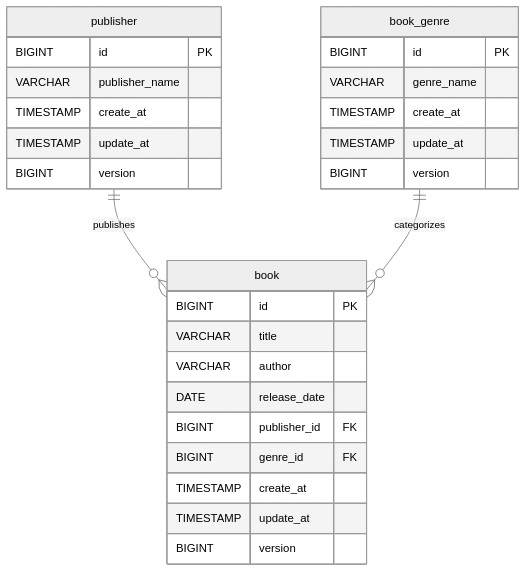
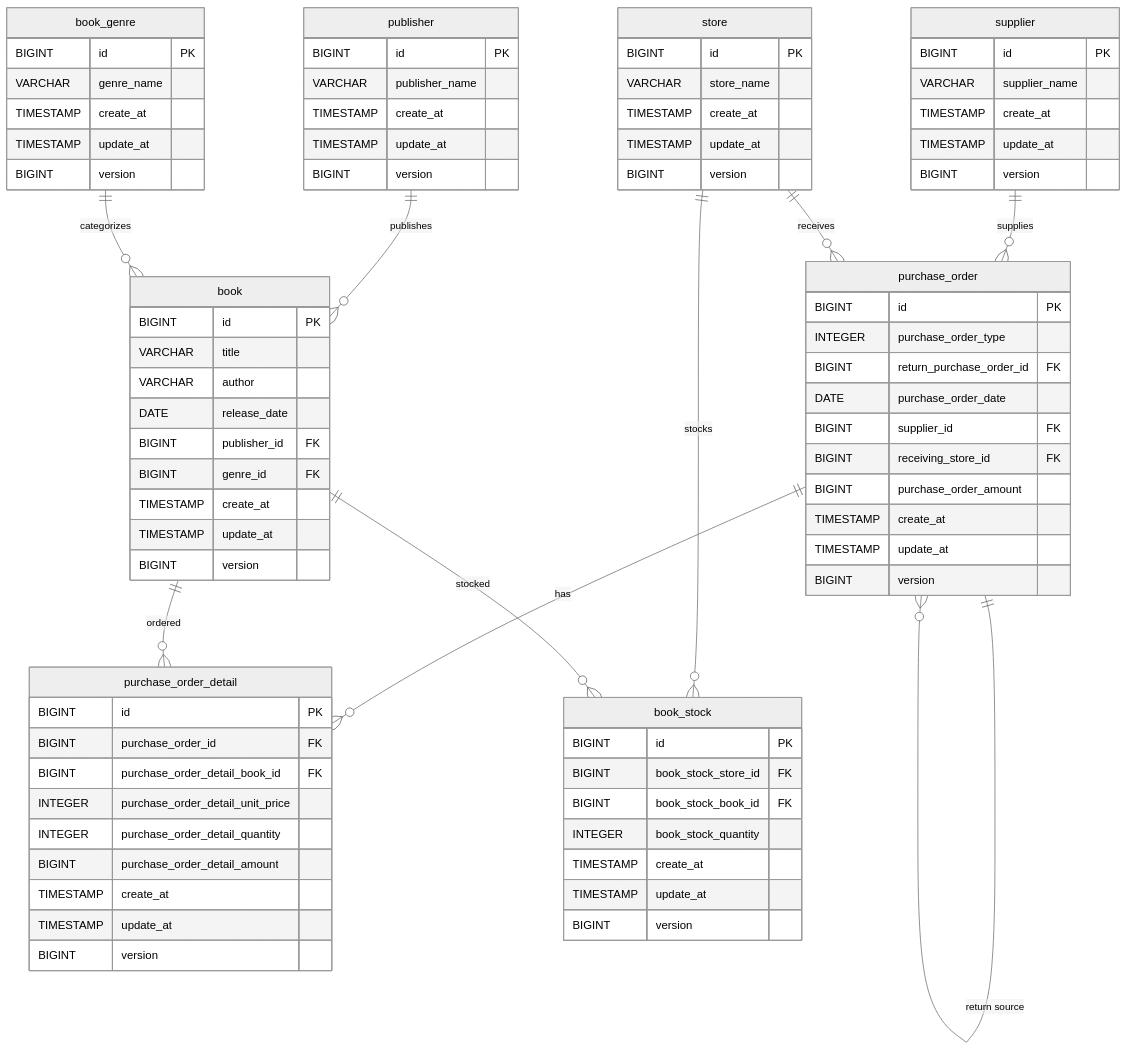
Before and after one commit to nagaokambeyond/samples: the diagram in spring_java_orm_sample/readme.md, drawn with Mermaid (neutral theme). The commit also changed other lines of this file and 77 other files, not shown here.

````diff
--- a/spring_java_orm_sample/readme.md
+++ b/spring_java_orm_sample/readme.md
@@ -9,6 +17,13 @@
 erDiagram
     publisher ||--o{ book : "publishes"
     book_genre ||--o{ book : "categorizes"
+    supplier ||--o{ purchase_order : "supplies"
+    store ||--o{ purchase_order : "receives"
+    purchase_order ||--o{ purchase_order : "return source"
+    purchase_order ||--o{ purchase_order_detail : "has"
+    book ||--o{ purchase_order_detail : "ordered"
+    store ||--o{ book_stock : "stocks"
+    book ||--o{ book_stock : "stocked"
 
     publisher {
         BIGINT id PK
@@ -37,4 +52,55 @@
         TIMESTAMP update_at
         BIGINT version
     }
+
+    supplier {
+        BIGINT id PK
+        VARCHAR supplier_name
+        TIMESTAMP create_at
+        TIMESTAMP update_at
+        BIGINT version
+    }
+
+    store {
+        BIGINT id PK
+        VARCHAR store_name
+        TIMESTAMP create_at
+        TIMESTAMP update_at
+        BIGINT version
+    }
+
+    purchase_order {
+        BIGINT id PK
+        INTEGER purchase_order_type
+        BIGINT return_purchase_order_id FK
+        DATE purchase_order_date
+        BIGINT supplier_id FK
+        BIGINT receiving_store_id FK
+        BIGINT purchase_order_amount
+        TIMESTAMP create_at
+        TIMESTAMP update_at
+        BIGINT version
+    }
+
+    purchase_order_detail {
+        BIGINT id PK
+        BIGINT purchase_order_id FK
+        BIGINT purchase_order_detail_book_id FK
+        INTEGER purchase_order_detail_unit_price
+        INTEGER purchase_order_detail_quantity
+        BIGINT purchase_order_detail_amount
+        TIMESTAMP create_at
+        TIMESTAMP update_at
+        BIGINT version
+    }
+
+    book_stock {
+        BIGINT id PK
+        BIGINT book_stock_store_id FK
+        BIGINT book_stock_book_id FK
+        INTEGER book_stock_quantity
+        TIMESTAMP create_at
+        TIMESTAMP update_at
+        BIGINT version
+    }
 ```
````
